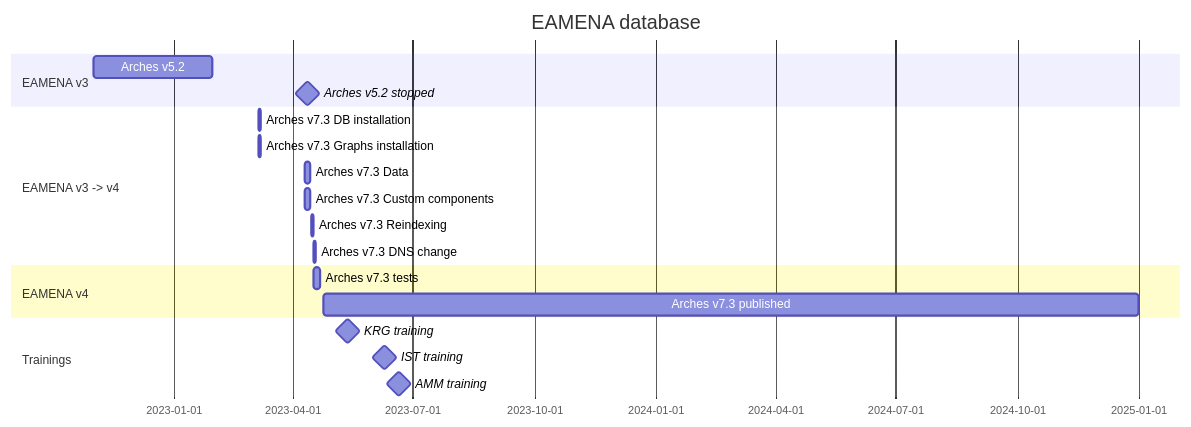
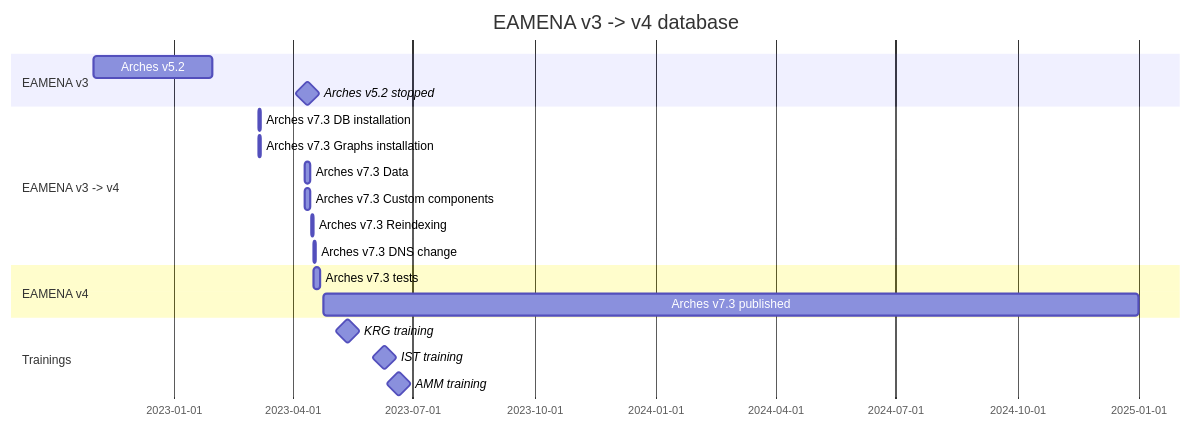
Before and after one commit to eamena-project/eamena-arches-dev: the first of 2 diagrams in dbs/database.eamena/README.md, drawn with Mermaid.

Commit message:
timeline

````diff
--- a/dbs/database.eamena/README.md
+++ b/dbs/database.eamena/README.md
@@ -5,22 +5,22 @@
 ```mermaid
 gantt
-    title EAMENA database
+    title EAMENA v3 -> v4 database
     dateFormat  YYYY-MM-DD
     section EAMENA v3
     Arches v5.2              : a0, 2022-11-01, 90d
     Arches v5.2 stopped      : milestone, m3, 2023-04-10, 4d
     section EAMENA v3 -> v4
     Arches v7.3 DB installation        : a1, 2023-03-06, 2d
     Arches v7.3 Graphs installation    : a1, 2023-03-06, 2d
     Arches v7.3 Data                   : a1, 2023-04-10, 4d
     Arches v7.3 Custom components      : a1, 2023-04-10, 4d
     Arches v7.3 Reindexing             : a1, 2023-04-15, 2d
     Arches v7.3 DNS change             : a1, 2023-04-17, 1d
     section EAMENA v4
     Arches v7.3 tests                  : a1, 2023-04-17, 5d
     Arches v7.3 published              : a1, 2023-04-24, 2025-01-01
     section Trainings
     KRG training             : milestone, m3, 2023-05-09, 7d
     IST training             : milestone, m3, 2023-06-06, 7d
     AMM training             : milestone, m3, 2023-06-17, 7d
 ```
````
